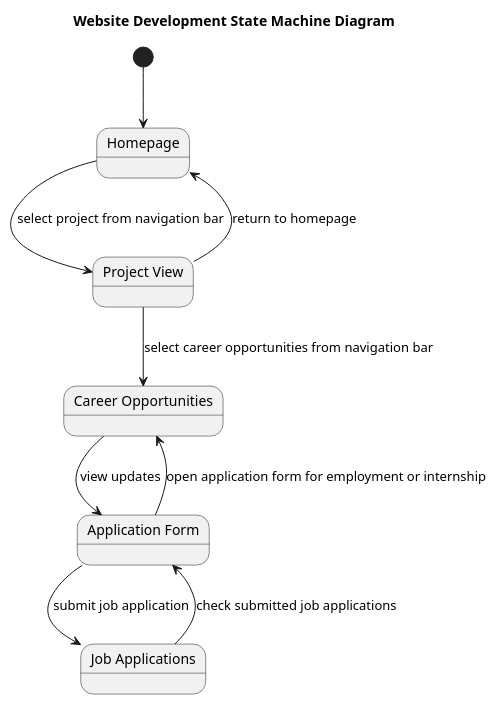
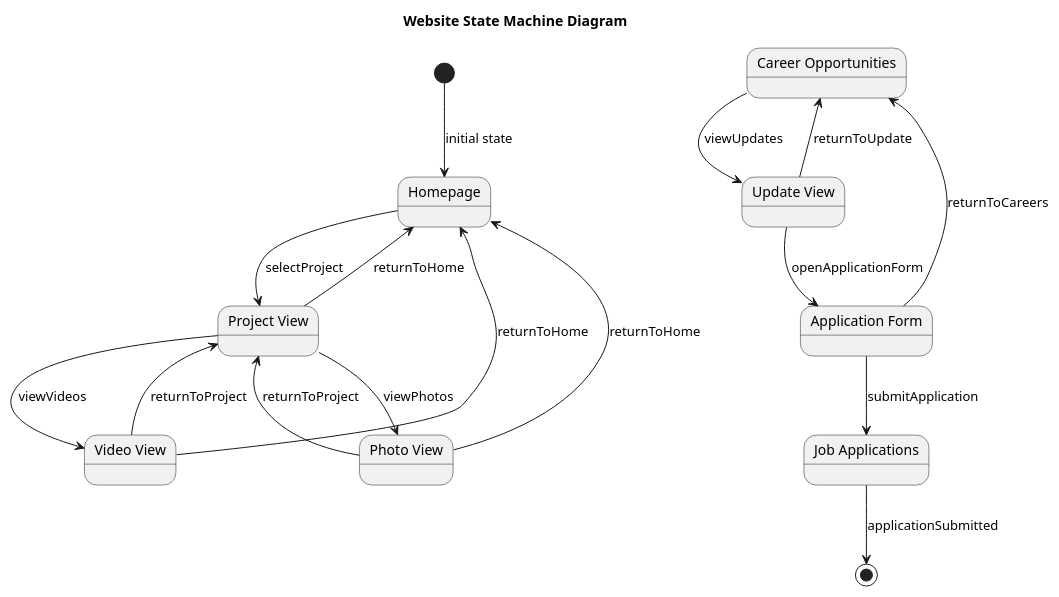
One commit to maimunafaria/State_transition_Diagram_generated_by_LLM changed the diagram in results/plantuml_pipeline_run3/runs/open_source__llama31_8b_instruct__few_shot/case_39_website_development/run_01.initial.puml. Above: the diagram before and after it, drawn with PlantUML. The commit also changed 472 other files, not shown here.

```diff
--- a/results/plantuml_pipeline_run3/runs/open_source__llama31_8b_instruct__few_shot/case_39_website_development/run_01.initial.puml
+++ b/results/plantuml_pipeline_run3/runs/open_source__llama31_8b_instruct__few_shot/case_39_website_development/run_01.initial.puml
@@ -1,22 +1,33 @@
 @startuml
-title Website Development State Machine Diagram
+title Website State Machine Diagram
 
 state "Homepage" as Homepage
 state "Project View" as ProjectView
+state "Photo View" as PhotoView
+state "Video View" as VideoView
 state "Career Opportunities" as CareerOpportunities
+state "Update View" as UpdateView
 state "Application Form" as ApplicationForm
 state "Job Applications" as JobApplications
 
-[*] --> Homepage
+Homepage --> ProjectView : selectProject
+ProjectView --> PhotoView : viewPhotos
+ProjectView --> VideoView : viewVideos
+ProjectView --> Homepage : returnToHome
 
-Homepage --> ProjectView : select project from navigation bar
-ProjectView --> Homepage : return to homepage
-ProjectView --> CareerOpportunities : select career opportunities from navigation bar
+PhotoView --> ProjectView : returnToProject
+VideoView --> ProjectView : returnToProject
+PhotoView --> Homepage : returnToHome
+VideoView --> Homepage : returnToHome
 
-CareerOpportunities --> ApplicationForm : view updates
-ApplicationForm --> CareerOpportunities : open application form for employment or internship
+CareerOpportunities --> UpdateView : viewUpdates
+UpdateView --> CareerOpportunities : returnToUpdate
+UpdateView --> ApplicationForm : openApplicationForm
+ApplicationForm --> CareerOpportunities : returnToCareers
+ApplicationForm --> JobApplications : submitApplication
 
-ApplicationForm --> JobApplications : submit job application
-JobApplications --> ApplicationForm : check submitted job applications
+JobApplications --> [*] : applicationSubmitted
+
+[*] --> Homepage : initial state
 
 @enduml
```
